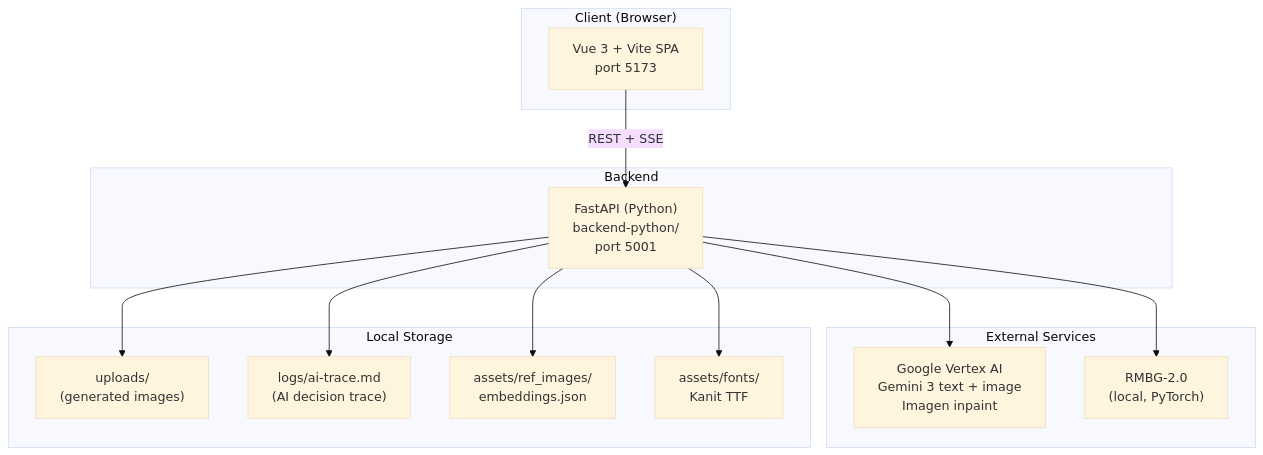
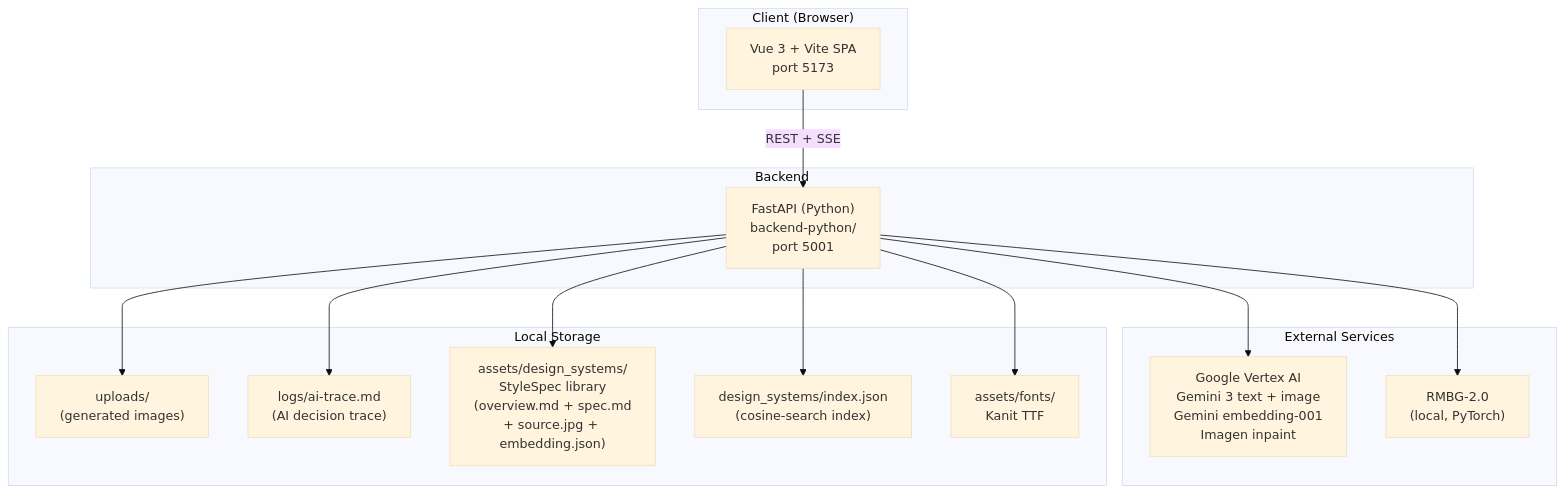
One commit to Chulinuwu/gen-image-layer-separator changed the first of 7 diagrams in architecture.md. Above: the diagram before and after it, drawn with Mermaid (base theme). The commit also changed other lines of this file and 1 other file, not shown here.

Commit message:
docs: update architecture.md + CLAUDE.md to reflect StyleSpec pipeline (Step 0 + 0.5, CoT prompts, spec-driven BG)

````diff
--- a/architecture.md
+++ b/architecture.md
@@ -14,30 +20,32 @@
 ```mermaid
 graph TB
   subgraph Client["Client (Browser)"]
     FE["Vue 3 + Vite SPA<br/>port 5173"]
   end
 
   subgraph Server["Backend"]
     PY["FastAPI (Python)<br/>backend-python/<br/>port 5001"]
   end
 
   subgraph External["External Services"]
-    VX["Google Vertex AI<br/>Gemini 3 text + image<br/>Imagen inpaint"]
+    VX["Google Vertex AI<br/>Gemini 3 text + image<br/>Gemini embedding-001<br/>Imagen inpaint"]
     RMBG["RMBG-2.0<br/>(local, PyTorch)"]
   end
 
   subgraph Storage["Local Storage"]
     UP["uploads/<br/>(generated images)"]
     LOG["logs/ai-trace.md<br/>(AI decision trace)"]
-    REF["assets/ref_images/<br/>embeddings.json"]
+    DS["assets/design_systems/<br/>StyleSpec library<br/>(overview.md + spec.md<br/>+ source.jpg + embedding.json)"]
+    IDX["design_systems/index.json<br/>(cosine-search index)"]
     FONT["assets/fonts/<br/>Kanit TTF"]
   end
 
   FE -- "REST + SSE" --> PY
   PY --> VX
   PY --> RMBG
   PY --> UP
   PY --> LOG
-  PY --> REF
+  PY --> DS
+  PY --> IDX
   PY --> FONT
 ```
````
